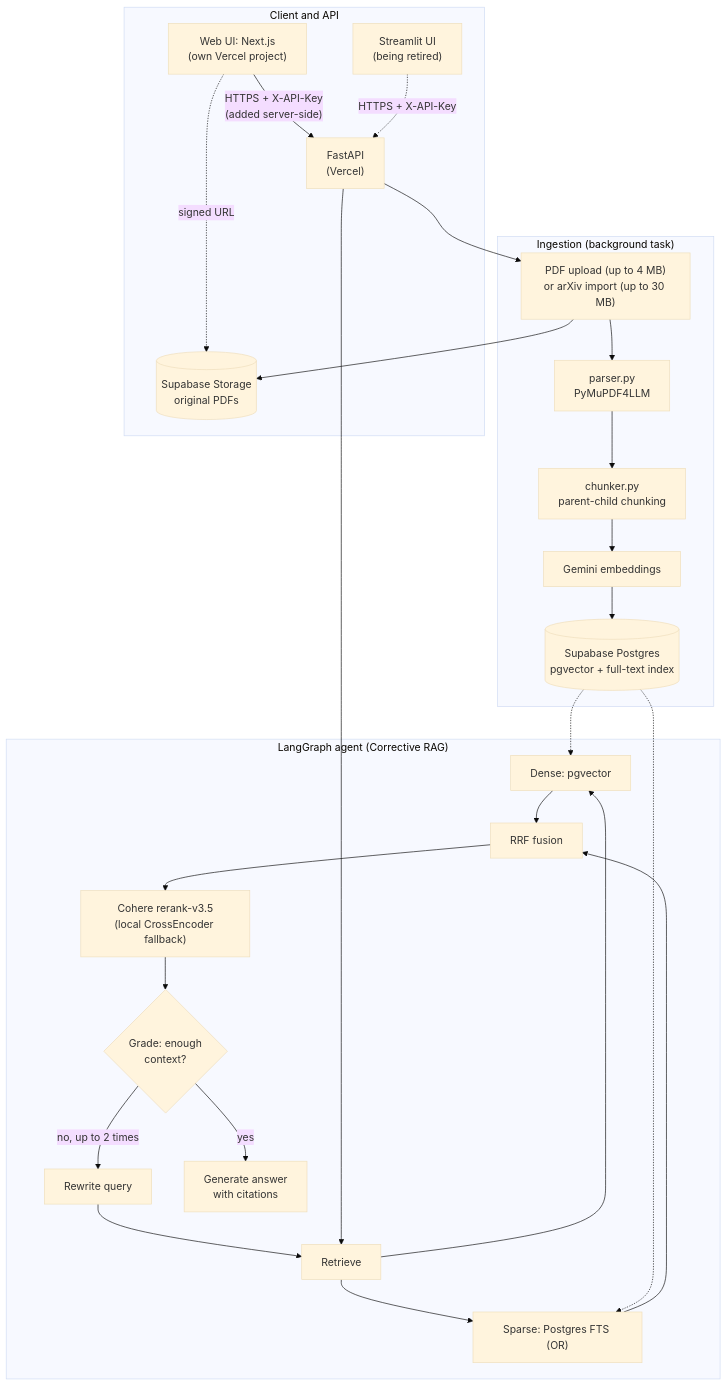
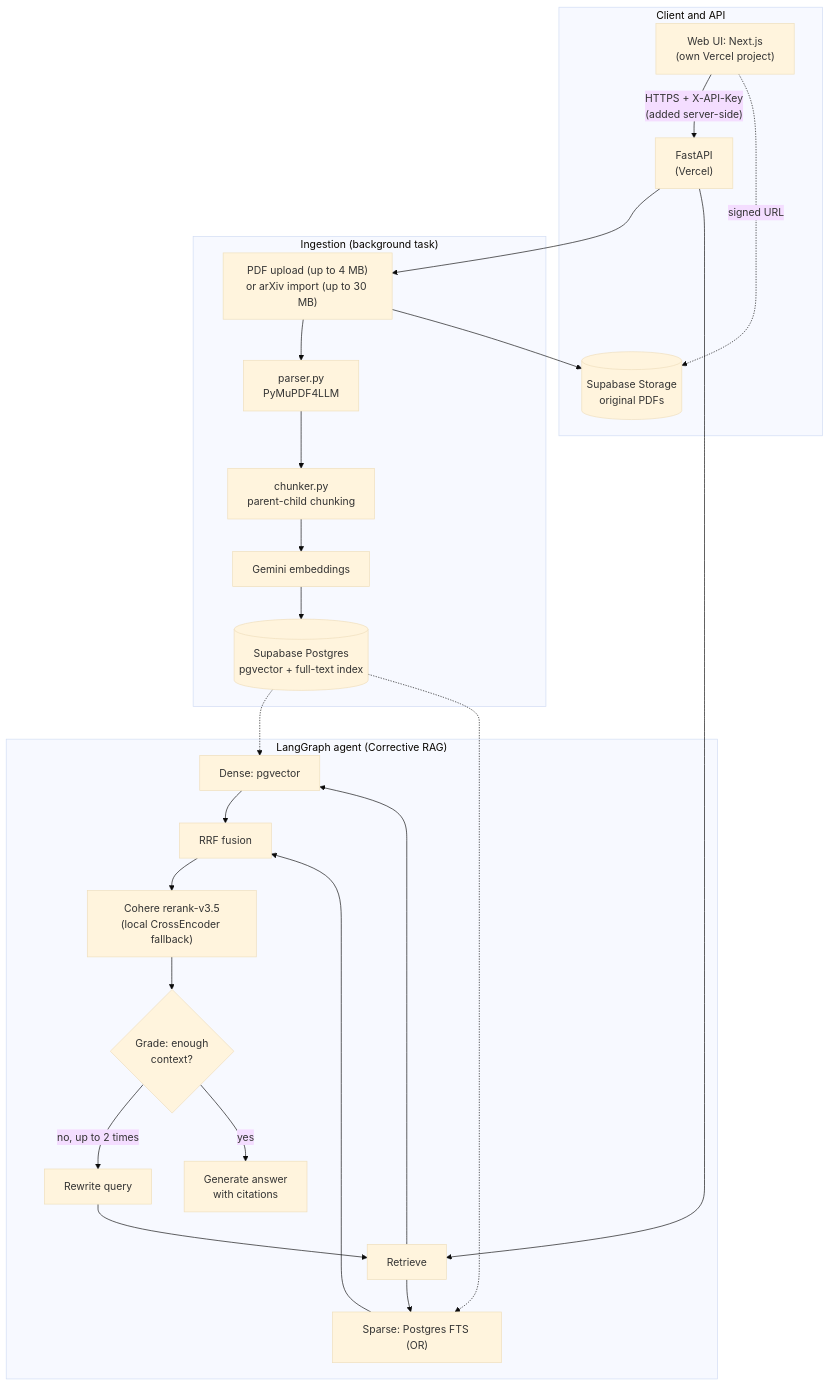
One commit to KhoaYakult/arxiv-agentic-rag changed the diagram in README.md. Above: the diagram before and after it, drawn with Mermaid (base theme). The commit also changed other lines of this file and 11 other files, not shown here.

````diff
--- a/README.md
+++ b/README.md
@@ -5,32 +5,31 @@
 ```mermaid
 flowchart TD
     subgraph CLIENT ["Client and API"]
         WEB["Web UI: Next.js<br/>(own Vercel project)"] -->|"HTTPS + X-API-Key<br/>(added server-side)"| API["FastAPI<br/>(Vercel)"]
-        ST["Streamlit UI<br/>(being retired)"] -.->|"HTTPS + X-API-Key"| API
         WEB -.->|"signed URL"| STORE[("Supabase Storage<br/>original PDFs")]
     end
 
     subgraph INGESTION ["Ingestion (background task)"]
         PDF["PDF upload (up to 4 MB)<br/>or arXiv import (up to 30 MB)"] --> PARSER["parser.py<br/>PyMuPDF4LLM"]
         PDF --> STORE
         PARSER --> CHUNKER["chunker.py<br/>parent-child chunking"]
         CHUNKER --> EMB["Gemini embeddings"]
         EMB --> DB[("Supabase Postgres<br/>pgvector + full-text index")]
     end
 
     subgraph AGENT ["LangGraph agent (Corrective RAG)"]
         RETRIEVE["Retrieve"] --> DENSE["Dense: pgvector"]
         RETRIEVE --> SPARSE["Sparse: Postgres FTS (OR)"]
         DENSE & SPARSE --> RRF["RRF fusion"]
         RRF --> RERANK["Cohere rerank-v3.5<br/>(local CrossEncoder fallback)"]
         RERANK --> GRADE{"Grade: enough<br/>context?"}
         GRADE -->|"no, up to 2 times"| REWRITE["Rewrite query"]
         REWRITE --> RETRIEVE
         GRADE -->|"yes"| GEN["Generate answer<br/>with citations"]
     end
 
     API --> PDF
     API --> RETRIEVE
     DB -.-> DENSE
     DB -.-> SPARSE
 ```
````
